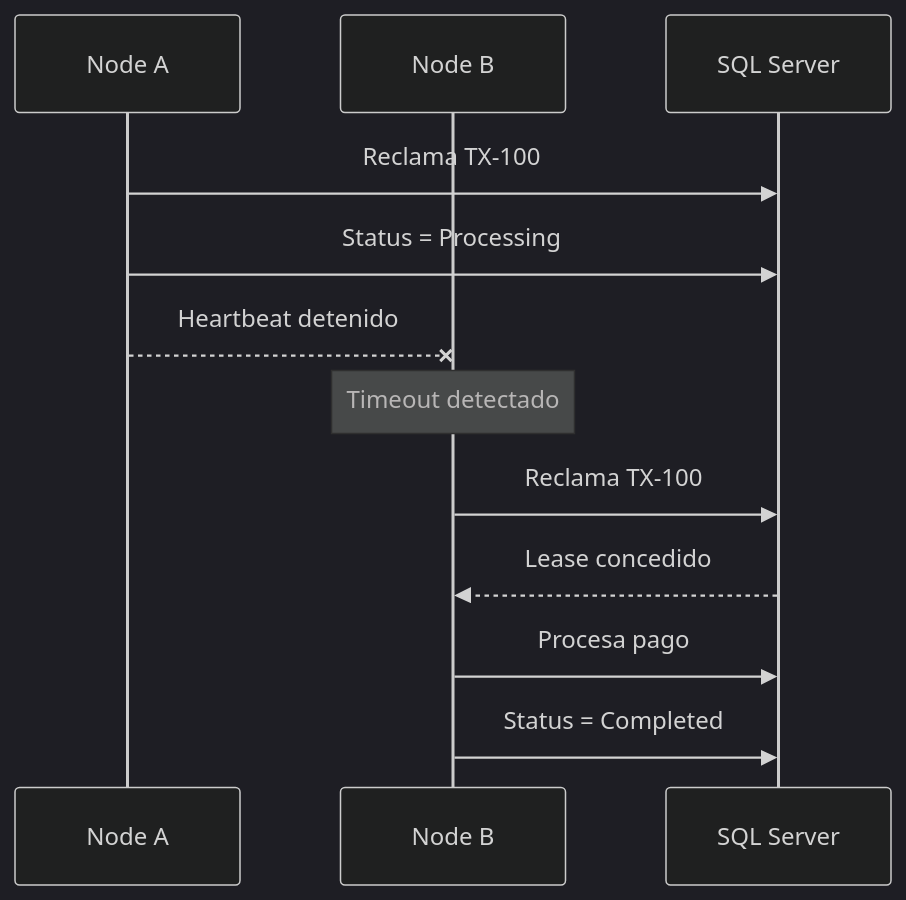
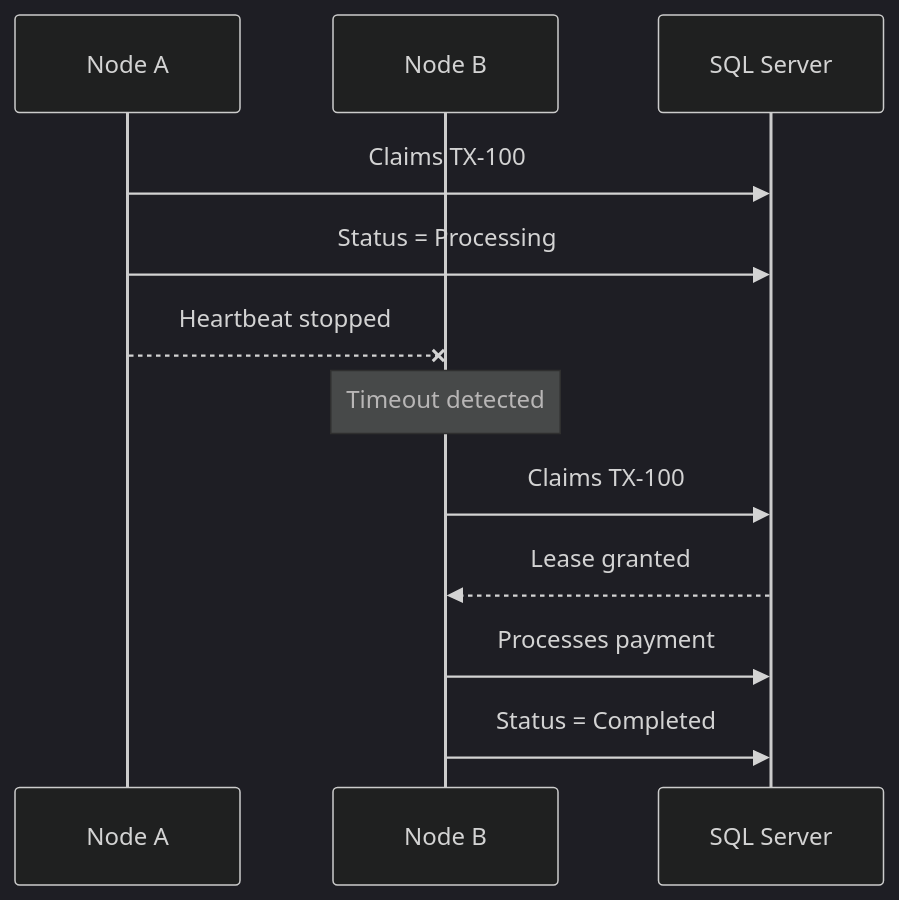
Before and after one commit to DavidV-2/SolidarityGrid: the second of 2 diagrams in README.md, drawn with Mermaid (dark theme). The commit also changed other lines of this file and 1 other file, not shown here.

````diff
--- a/README.md
+++ b/README.md
@@ -293,22 +301,22 @@
 ```mermaid
 sequenceDiagram
 
 participant A as Node A
 participant B as Node B
 participant DB as SQL Server
 
-A->>DB: Reclama TX-100
+A->>DB: Claims TX-100
 A->>DB: Status = Processing
 
-A--xB: Heartbeat detenido
+A--xB: Heartbeat stopped
 
-Note over B: Timeout detectado
+Note over B: Timeout detected
 
-B->>DB: Reclama TX-100
+B->>DB: Claims TX-100
 
-DB-->>B: Lease concedido
+DB-->>B: Lease granted
 
-B->>DB: Procesa pago
+B->>DB: Processes payment
 
 B->>DB: Status = Completed
 ```
````
